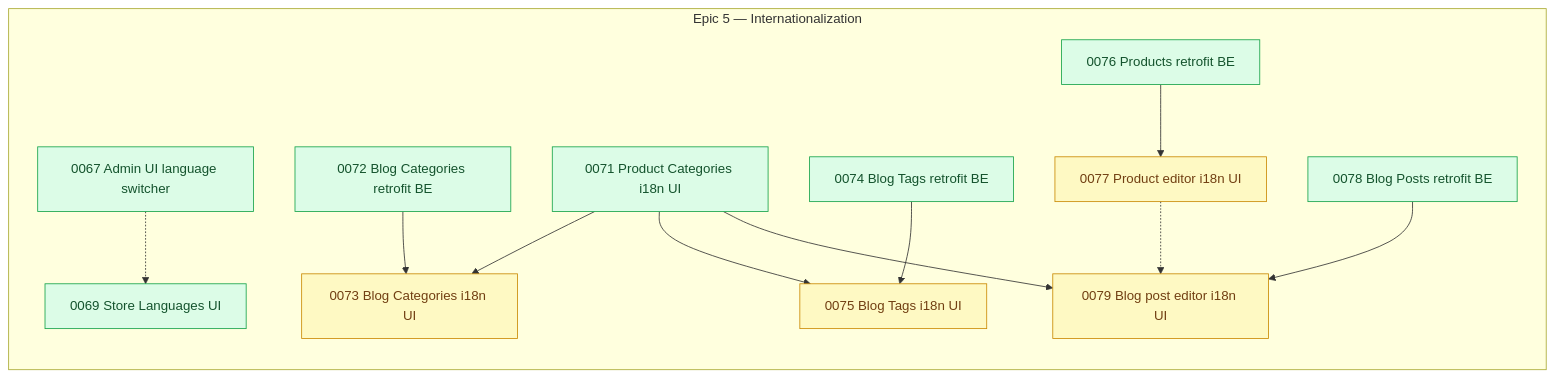
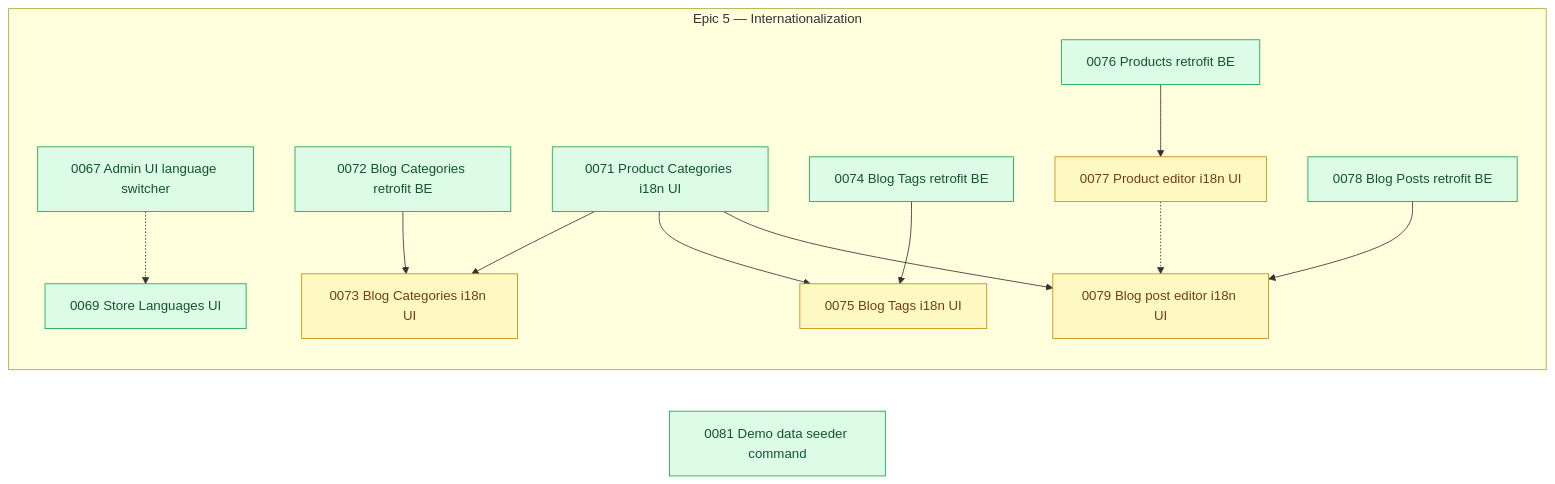
Before and after one commit to shojen/AI4Devs-finalproject: the diagram in arospe/ai-spec/tasks-map.md, drawn with Mermaid. The commit also changed other lines of this file and 2 other files, not shown here.

First line of the commit message:
docs(tasks): add story 0081 (demo data seeder command)

````diff
--- a/arospe/ai-spec/tasks-map.md
+++ b/arospe/ai-spec/tasks-map.md
@@ -389,6 +406,9 @@
         P0078["0078 Blog Posts retrofit BE"]
         P0079["0079 Blog post editor i18n UI"]
     end
+
+    %% Standalone (no PRD epic)
+    P0081["0081 Demo data seeder command"]
 
     %% Customers and Orders core
     %% (0042/0043 -> 0044, and 0041/0024/0029/0035/0036/0038 -> 0045, are all satisfied now that
@@ -455,5 +475,5 @@
     P0077 -.-> P0079
 
     class P0073,P0075,P0077,P0079 pending;
-    class P0067,P0069,P0071,P0072,P0074,P0076,P0078 ready;
+    class P0067,P0069,P0071,P0072,P0074,P0076,P0078,P0081 ready;
 ```
````
